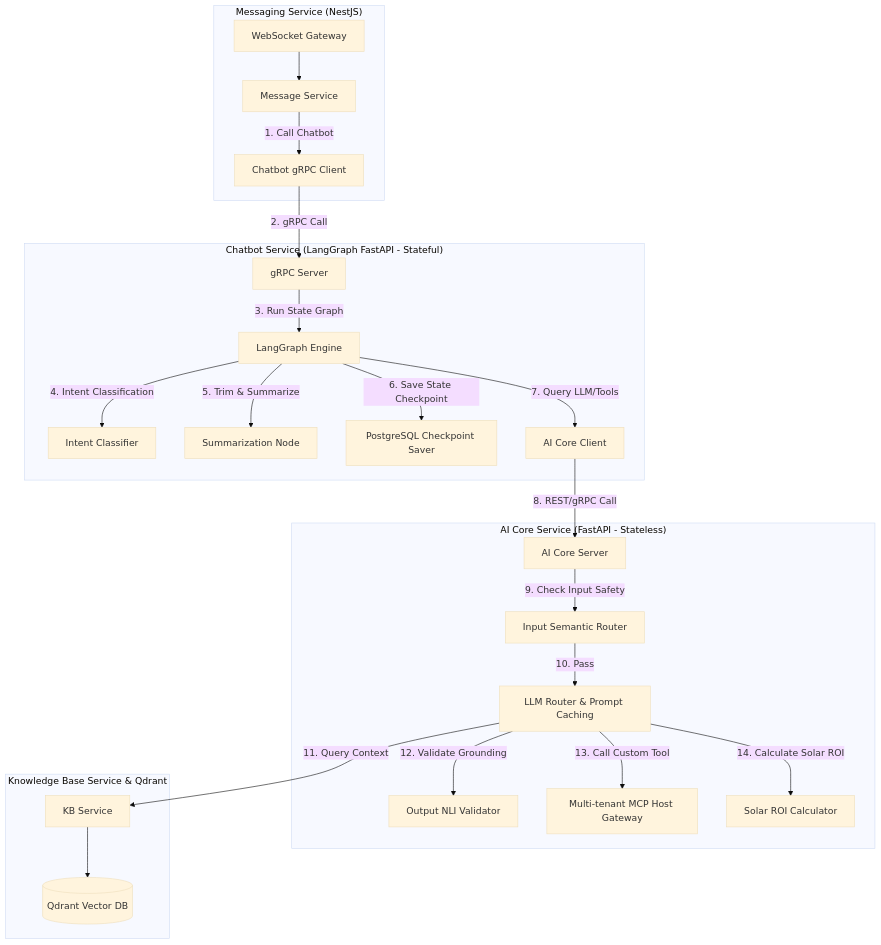
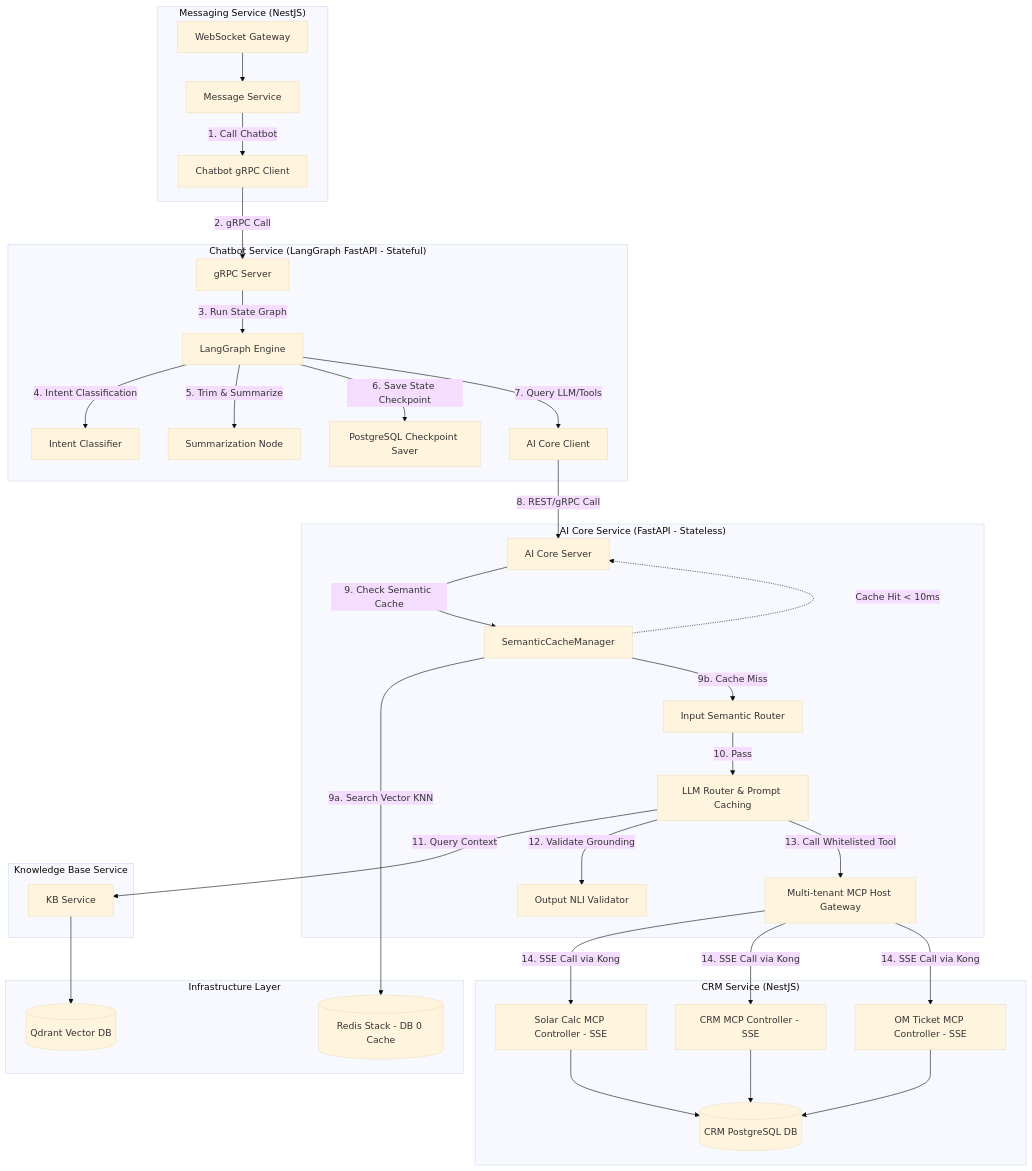
The second of 3 diagrams in docs/SRS.md (hugg4u/solavie-platform), drawn with Mermaid (base theme) before and after one commit. The commit also changed other lines of this file and 16 other files, not shown here.

Commit message:
docs: initialize system documentation and technical design specifications for AI Core, CRM, and Gateway services

````diff
--- a/docs/SRS.md
+++ b/docs/SRS.md
@@ -147,49 +147,70 @@
 ```mermaid
 graph TD
     subgraph "Messaging Service (NestJS)"
         ws_gate[WebSocket Gateway]
         msg_service[Message Service]
         grpc_client[Chatbot gRPC Client]
     end
 
     subgraph "Chatbot Service (LangGraph FastAPI - Stateful)"
         grpc_server[gRPC Server]
         langgraph_core[LangGraph Engine]
         intent_clf[Intent Classifier]
         summarizer[Summarization Node]
         checkpoint_saver[PostgreSQL Checkpoint Saver]
         ai_core_client[AI Core Client]
     end
 
     subgraph "AI Core Service (FastAPI - Stateless)"
         ai_core_server[AI Core Server]
+        cache_mgr[SemanticCacheManager]
         input_guard[Input Semantic Router]
         llm_router[LLM Router & Prompt Caching]
         output_guard[Output NLI Validator]
         mcp_host[Multi-tenant MCP Host Gateway]
-        roi_calc[Solar ROI Calculator]
     end
 
-    subgraph "Knowledge Base Service & Qdrant"
+    subgraph "CRM Service (NestJS)"
+        crm_mcp[CRM MCP Controller - SSE]
+        solar_mcp[Solar Calc MCP Controller - SSE]
+        om_mcp[OM Ticket MCP Controller - SSE]
+        crm_db[(CRM PostgreSQL DB)]
+    end
+
+    subgraph "Infrastructure Layer"
+        redis_stack[(Redis Stack - DB 0 Cache)]
+        qdrant[(Qdrant Vector DB)]
+    end
+
+    subgraph "Knowledge Base Service"
         kb_service[KB Service]
-        qdrant[(Qdrant Vector DB)]
     end
 
     ws_gate --> msg_service
     msg_service -->|1. Call Chatbot| grpc_client
     grpc_client -->|2. gRPC Call| grpc_server
     grpc_server -->|3. Run State Graph| langgraph_core
     langgraph_core -->|4. Intent Classification| intent_clf
     langgraph_core -->|5. Trim & Summarize| summarizer
     langgraph_core -->|6. Save State Checkpoint| checkpoint_saver
     langgraph_core -->|7. Query LLM/Tools| ai_core_client
 
     ai_core_client -->|8. REST/gRPC Call| ai_core_server
-    ai_core_server -->|9. Check Input Safety| input_guard
+    ai_core_server -->|9. Check Semantic Cache| cache_mgr
+    cache_mgr -->|9a. Search Vector KNN| redis_stack
+    
+    %% Luồng Cache Hit
+    cache_mgr -.->|Cache Hit < 10ms| ai_core_server
+    
+    %% Luồng Cache Miss
+    cache_mgr -->|9b. Cache Miss| input_guard
     input_guard -->|10. Pass| llm_router
     llm_router -->|11. Query Context| kb_service
     kb_service --> qdrant
     llm_router -->|12. Validate Grounding| output_guard
-    llm_router -->|13. Call Custom Tool| mcp_host
-    llm_router -->|14. Calculate Solar ROI| roi_calc
+    llm_router -->|13. Call Whitelisted Tool| mcp_host
+    
+    %% Luồng MCP Calls đi qua Kong Gateway tới CRM Service
+    mcp_host -->|14. SSE Call via Kong| solar_mcp & crm_mcp & om_mcp
+    solar_mcp & crm_mcp & om_mcp --> crm_db
 ```
````
